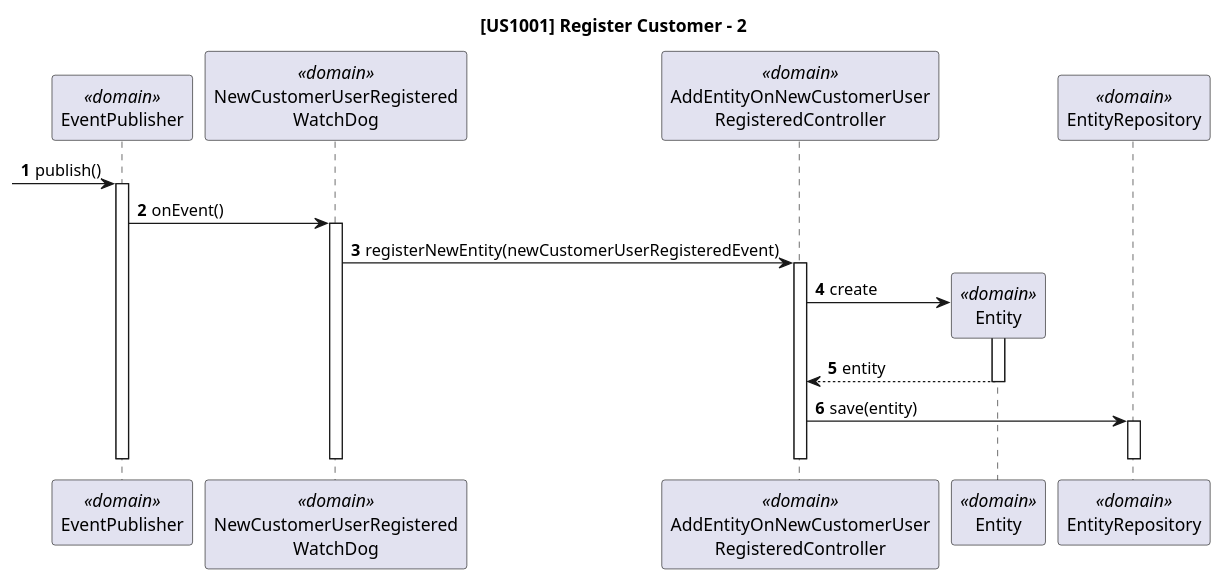
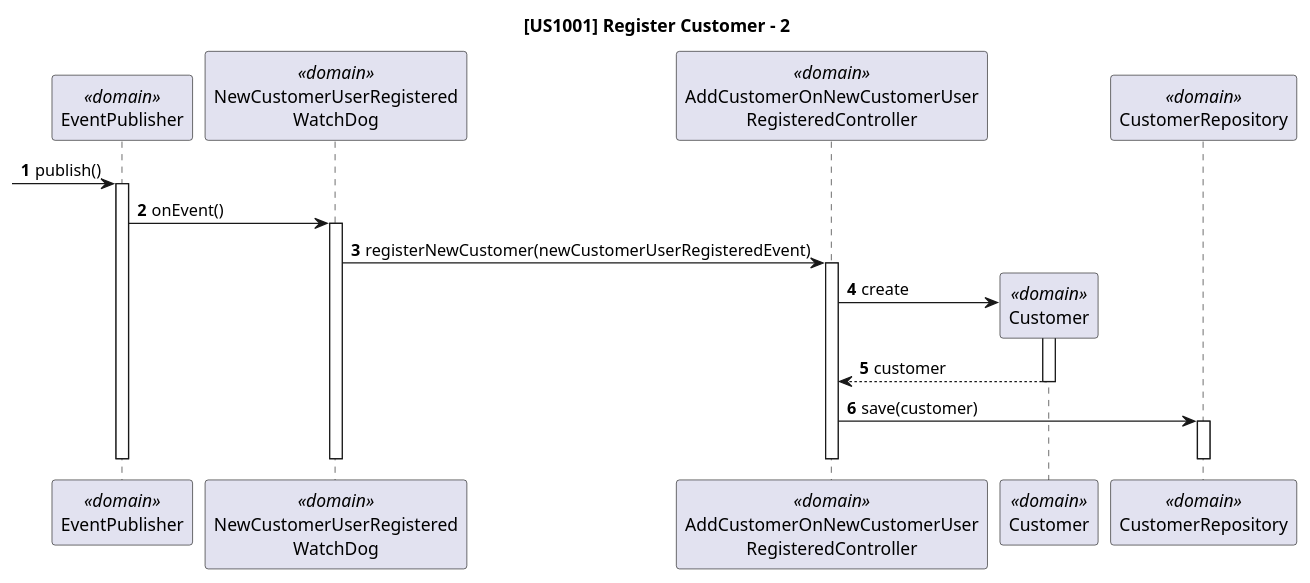
The diagram in docs/sb_us_1001/sequence-diagram-2-register-customer.puml (rita-barbosa/LAPR4-2324), drawn with PlantUML before and after one commit. The commit also changed 6 other files, not shown here.

```diff
--- a/docs/sb_us_1001/sequence-diagram-2-register-customer.puml
+++ b/docs/sb_us_1001/sequence-diagram-2-register-customer.puml
@@ -1,46 +1,46 @@
 @startuml
 autonumber
 
 title [US1001] Register Customer - 2
 
 
 participant "EventPublisher" as EP <<domain>>
 participant "NewCustomerUserRegistered\nWatchDog" as WD <<domain>>
-participant "AddEntityOnNewCustomerUser\nRegisteredController" as CTRL_EVENT <<domain>>
+participant "AddCustomerOnNewCustomerUser\nRegisteredController" as CTRL_EVENT <<domain>>
 'participant "EntityManagementService" as EMS <<service>>
-participant "Entity" as ENTITY <<domain>>
-participant "EntityRepository" as ER <<domain>>
+participant "Customer" as ENTITY <<domain>>
+participant "CustomerRepository" as ER <<domain>>
 
 
 
 
  -> EP : publish()
 activate EP
 
 EP -> WD: onEvent()
 activate WD
 
-WD -> CTRL_EVENT: registerNewEntity(newCustomerUserRegisteredEvent)
+WD -> CTRL_EVENT: registerNewCustomer(newCustomerUserRegisteredEvent)
 activate CTRL_EVENT
 
 'CTRL_EVENT -> EMS: registerNewEntity(companyName, address,\ncustomerCode, customerManageruser)
 'activate EMS
 
 CTRL_EVENT -> ENTITY**: create
 activate ENTITY
 
-ENTITY --> CTRL_EVENT: entity
+ENTITY --> CTRL_EVENT: customer
 deactivate ENTITY
 
-CTRL_EVENT -> ER: save(entity)
+CTRL_EVENT -> ER: save(customer)
 activate ER
 deactivate ER
 
 
 deactivate WD
 deactivate EP
 deactivate CTRL_EVENT
 'deactivate EMS
 
 
 @enduml
```
